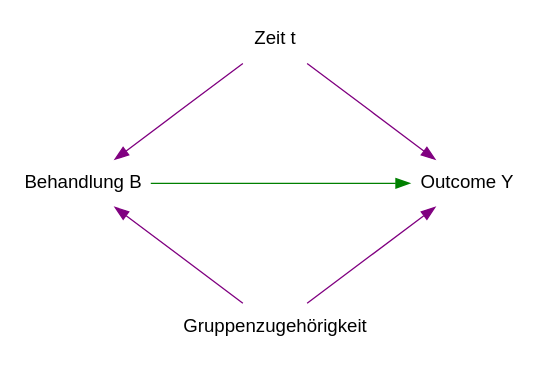
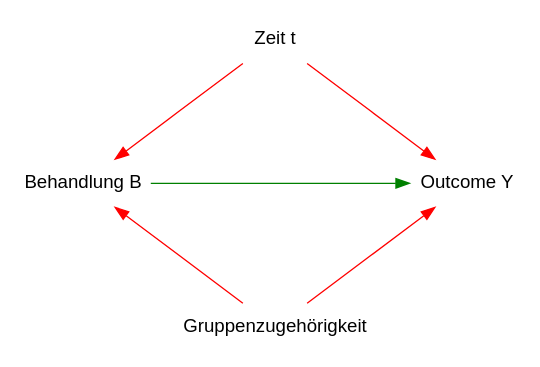
One commit to mca91/kasa_book changed the diagram in DiD.qmd. Above: the diagram before and after it, drawn with Graphviz. The commit also changed other lines of this file and 97 other files, not shown here.

````diff
--- a/DiD.qmd
+++ b/DiD.qmd
@@ -92,23 +118,23 @@
 ```{dot}
 //| fig-width: 5
 //| fig-height: 3
 //| fig-align: 'center'
 //| fig-cap: "Kausales Diagramm für DID"
 //| label: "fig-CDDID" 
 digraph "Causal Diagramm RDD" {
   layout=neato
   fontname="Helvetica,Arial,sans-serif"
   node [fontname="Helvetica,Arial,sans-serif"]
   edge [fontname="Helvetica,Arial,sans-serif"]
   node [shape=none];
   "Behandlung B" [pos="0,0!"]
   "Outcome Y" [pos="4,0!"]
   "Gruppenzugehörigkeit" [pos="2,-1.5!"]
   "Zeit t" [pos="2,1.5!"]
   "Behandlung B" -> "Outcome Y" [color="green"]
-  "Zeit t" -> "Outcome Y" [color="purple"]
-  "Zeit t" -> "Behandlung B" [color="purple"]
-  "Gruppenzugehörigkeit" -> "Outcome Y" [color="purple"]
-  "Gruppenzugehörigkeit" -> "Behandlung B" [color="purple"]
+  "Zeit t" -> "Outcome Y" [color="red"]
+  "Zeit t" -> "Behandlung B" [color="red"]
+  "Gruppenzugehörigkeit" -> "Outcome Y" [color="red"]
+  "Gruppenzugehörigkeit" -> "Behandlung B" [color="red"]
 }
 ```
````
